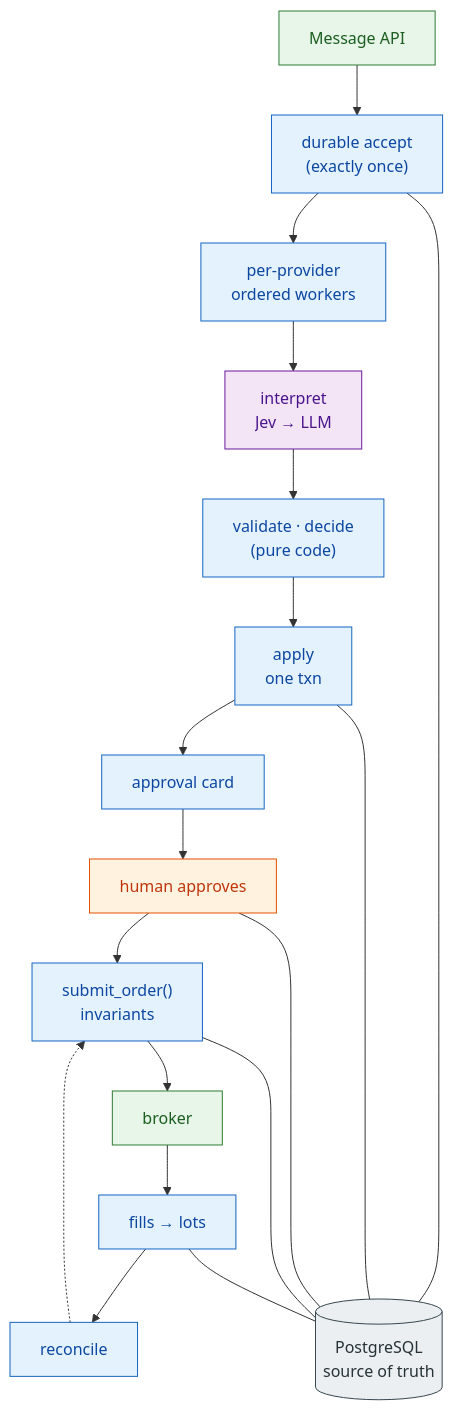
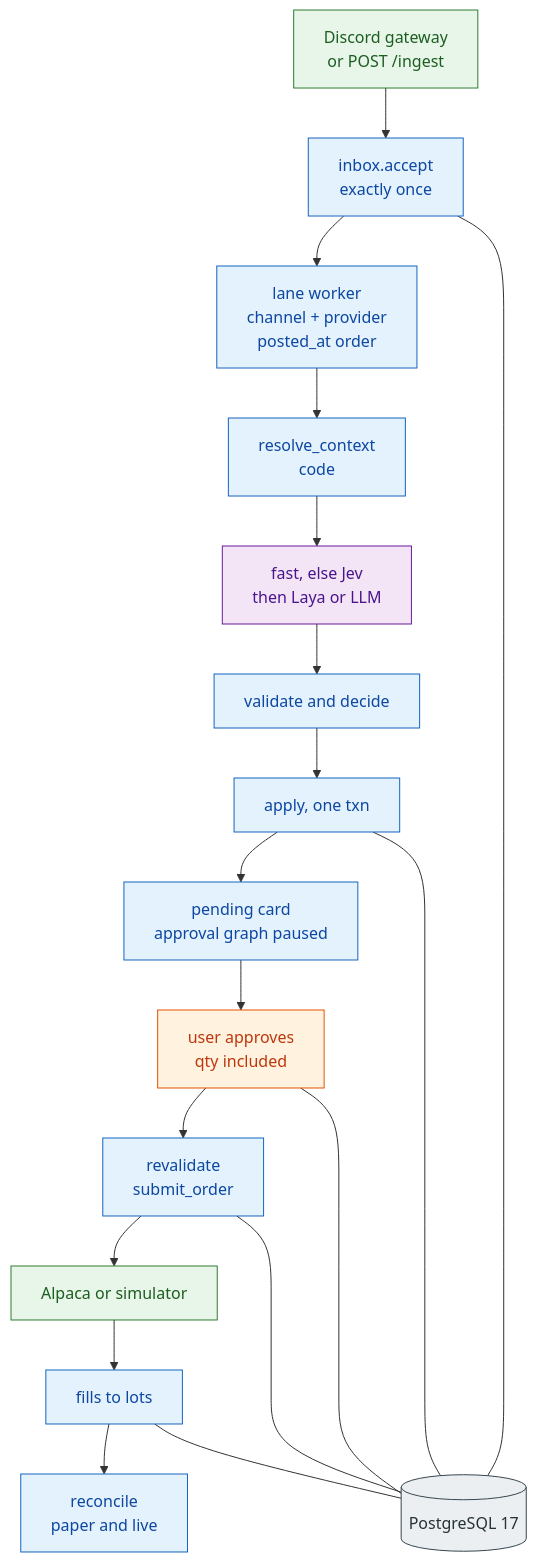
The diagram in docs/diagrams/10-architecture-summary.md (idolrun/trading-agent), drawn with Mermaid before and after one commit. The commit also changed other lines of this file and 131 other files, not shown here.

First line of the commit message:
docs: update architecture and data flow diagrams for clarity and consistency

````diff
--- a/docs/diagrams/10-architecture-summary.md
+++ b/docs/diagrams/10-architecture-summary.md
@@ -7,27 +7,27 @@
 ```mermaid
 flowchart TB
     classDef code fill:#e3f2fd,stroke:#1565c0,color:#0d47a1
     classDef model fill:#f3e5f5,stroke:#6a1b9a,color:#4a148c
     classDef human fill:#fff3e0,stroke:#e65100,color:#bf360c
     classDef ext fill:#e8f5e9,stroke:#2e7d32,color:#1b5e20
     classDef store fill:#eceff1,stroke:#37474f,color:#263238
 
-    IN["Message API"]:::ext --> ACC["durable accept<br/>(exactly once)"]:::code
-    ACC --> SEQ["per-provider<br/>ordered workers"]:::code
-    SEQ --> INT["interpret<br/>Jev → LLM"]:::model
-    INT --> DET["validate · decide<br/>(pure code)"]:::code
-    DET --> APPLY["apply<br/>one txn"]:::code
-    APPLY --> CARD["approval card"]:::code
-    CARD --> HUMAN["human approves"]:::human
-    HUMAN --> EXEC["submit_order()<br/>invariants"]:::code
-    EXEC --> BRK["broker"]:::ext
-    BRK --> FILL["fills → lots"]:::code
-    FILL --> REC["reconcile"]:::code
-    REC -.-> EXEC
-    PG[("PostgreSQL<br/>source of truth")]:::store
+    IN["Discord gateway<br/>or POST /ingest"]:::ext --> ACC["inbox.accept<br/>exactly once"]:::code
+    ACC --> SEQ["lane worker<br/>channel + provider<br/>posted_at order"]:::code
+    SEQ --> RES["resolve_context<br/>code"]:::code
+    RES --> INT["fast, else Jev<br/>then Laya or LLM"]:::model
+    INT --> DET["validate and decide"]:::code
+    DET --> APPLY["apply, one txn"]:::code
+    APPLY --> CARD["pending card<br/>approval graph paused"]:::code
+    CARD --> HUMAN["user approves<br/>qty included"]:::human
+    HUMAN --> EXEC["revalidate<br/>submit_order"]:::code
+    EXEC --> BRK["Alpaca or simulator"]:::ext
+    BRK --> FILL["fills to lots"]:::code
+    FILL --> REC["reconcile<br/>paper and live"]:::code
+    PG[("PostgreSQL 17")]:::store
     ACC --- PG
     APPLY --- PG
     HUMAN --- PG
     EXEC --- PG
     FILL --- PG
 ```
````
